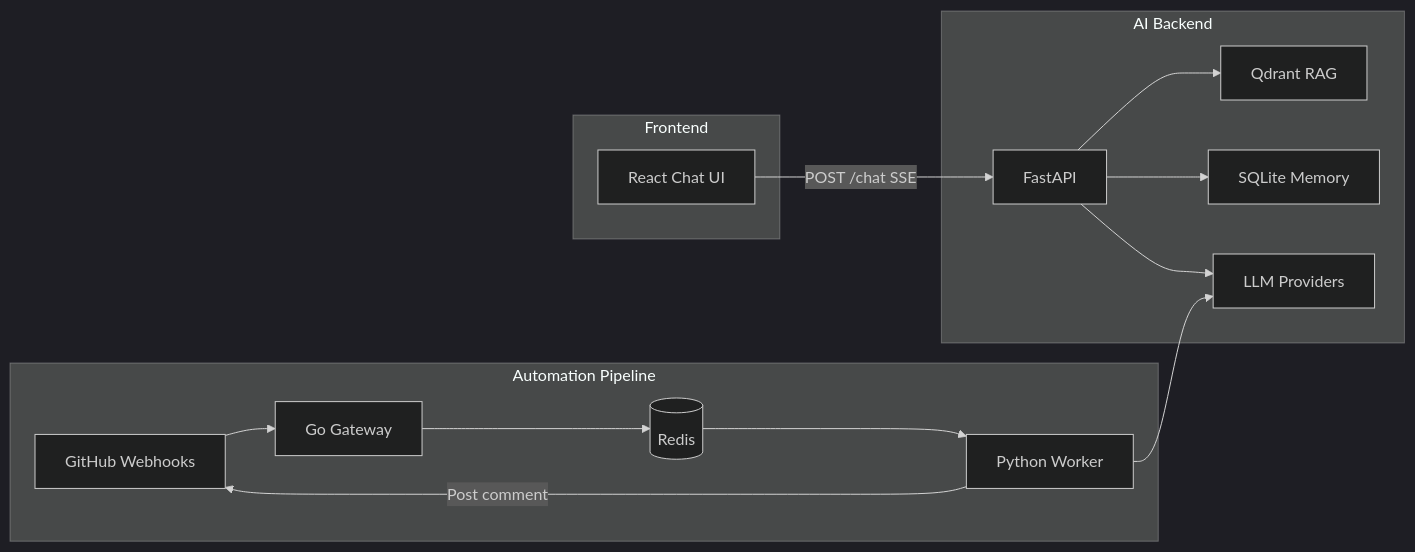
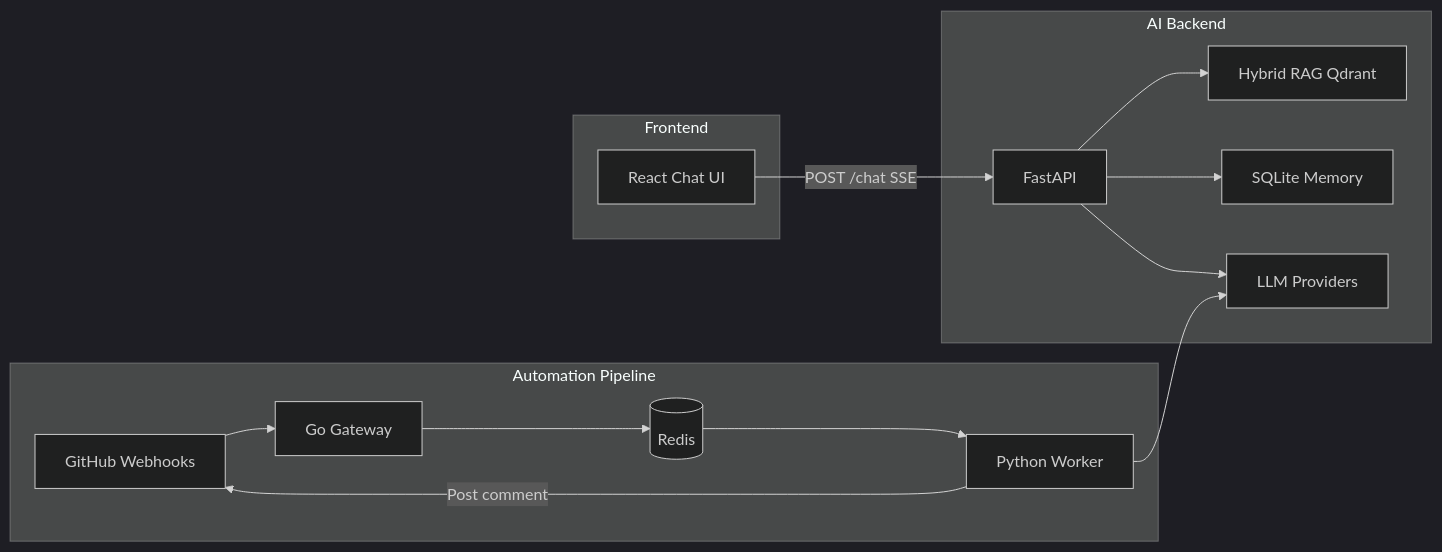
One commit to shashank3876/Dev-Mind changed the first of 2 diagrams in README.md. Above: the diagram before and after it, drawn with Mermaid (dark theme). The commit also changed other lines of this file and 23 other files, not shown here.

Commit message:
Milestone 1 in DevMind: Hybrid RAG and citation quality.

````diff
--- a/README.md
+++ b/README.md
@@ -49,28 +49,28 @@
 ```mermaid
 flowchart LR
   subgraph frontend [Frontend]
     UI[React Chat UI]
   end
 
   subgraph ai [AI Backend]
     API[FastAPI]
-    RAG[Qdrant RAG]
+    RAG[Hybrid RAG Qdrant]
     MEM[SQLite Memory]
     LLM[LLM Providers]
   end
 
   subgraph automation [Automation Pipeline]
     GH[GitHub Webhooks]
     GW[Go Gateway]
     REDIS[(Redis)]
     WRK[Python Worker]
   end
 
   UI -->|POST /chat SSE| API
   API --> RAG
   API --> MEM
   API --> LLM
   GH --> GW --> REDIS --> WRK
   WRK --> LLM
   WRK -->|Post comment| GH
 ```
````
